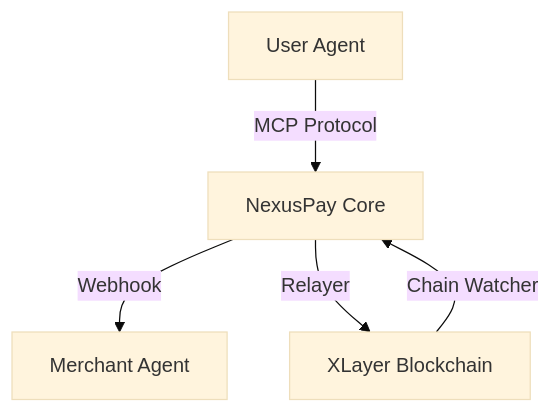
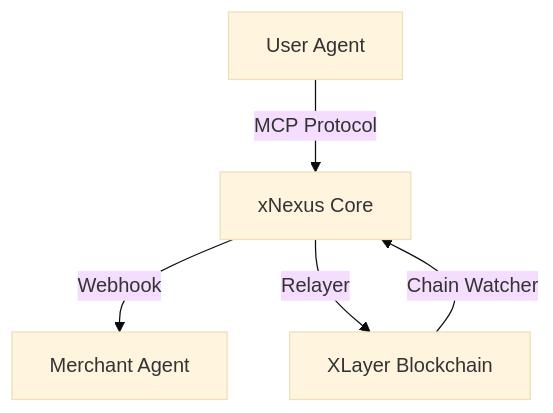
Before and after one commit to rocloveai/XAgentPay-public: the diagram in README.md, drawn with Mermaid (base theme). The commit also changed other lines of this file and 66 other files, not shown here.

First line of the commit message:
chore(brand): rename NexusPay → xNexus across all display content

````diff
--- a/README.md
+++ b/README.md
@@ -18,7 +18,7 @@
 ```mermaid
 graph TD
-    UA[User Agent] -- MCP Protocol --> NPC[NexusPay Core]
+    UA[User Agent] -- MCP Protocol --> NPC[xNexus Core]
     NPC -- Webhook --> MA[Merchant Agent]
     NPC -- Relayer --> BC[XLayer Blockchain]
     BC -- Chain Watcher --> NPC
 ```
````
